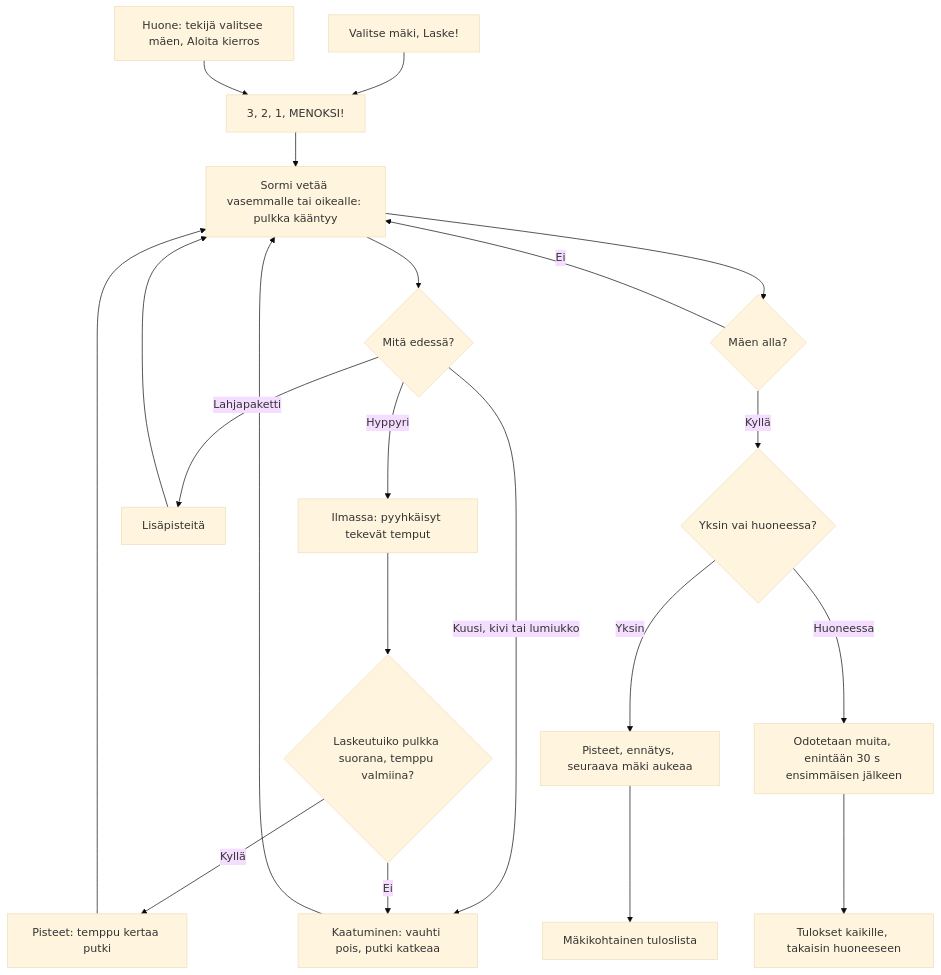
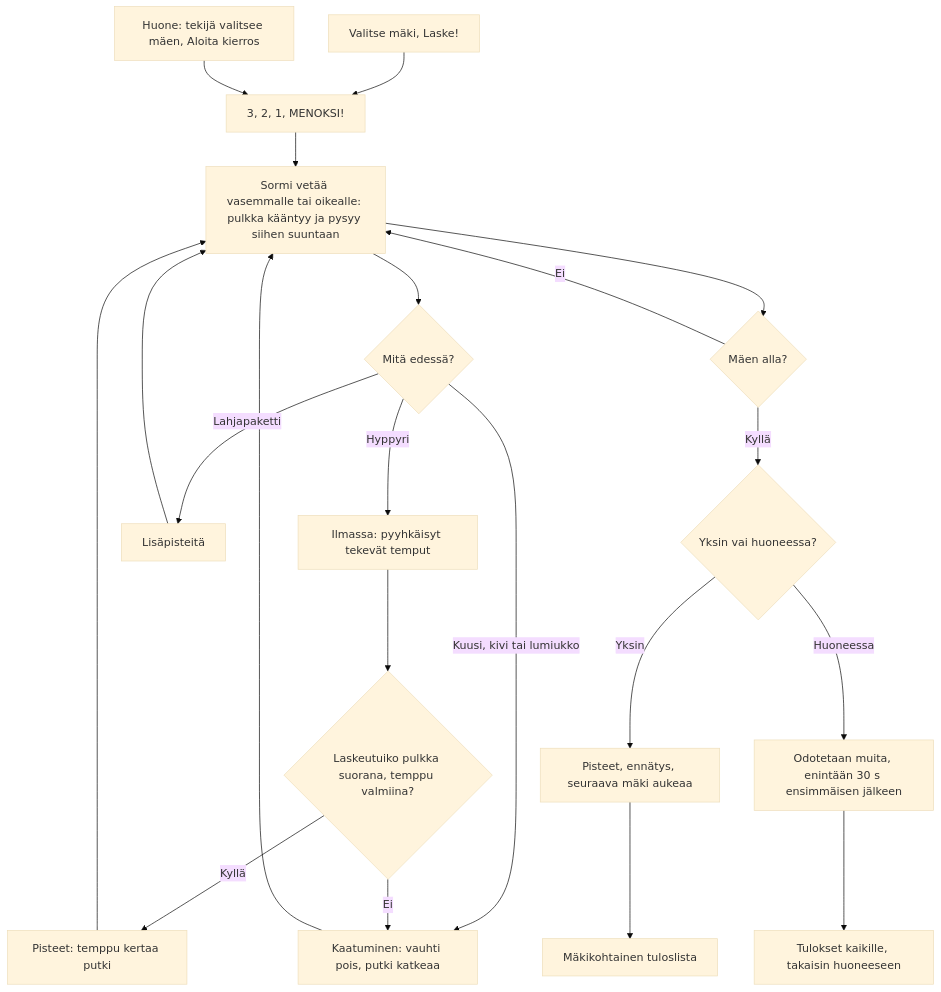
One commit to eerovil/ai-pelit changed the diagram in docs/diagrams/pulkkamaki.md. Above: the diagram before and after it, drawn with Mermaid (base theme). The commit also changed other lines of this file and 9 other files, not shown here.

````diff
--- a/docs/diagrams/pulkkamaki.md
+++ b/docs/diagrams/pulkkamaki.md
@@ -9,29 +9,29 @@
 ```mermaid
 flowchart TD
   A[Valitse mäki, Laske!] --> B[3, 2, 1, MENOKSI!]
   R[Huone: tekijä valitsee mäen, Aloita kierros] --> B
-  B --> C[Sormi vetää vasemmalle tai oikealle: pulkka kääntyy]
+  B --> C[Sormi vetää vasemmalle tai oikealle: pulkka kääntyy ja pysyy siihen suuntaan]
   C --> D{Mitä edessä?}
   D -- Hyppyri --> E[Ilmassa: pyyhkäisyt tekevät temput]
   D -- Kuusi, kivi tai lumiukko --> F[Kaatuminen: vauhti pois, putki katkeaa]
   D -- Lahjapaketti --> G[Lisäpisteitä]
   E --> H{Laskeutuiko pulkka suorana, temppu valmiina?}
   H -- Kyllä --> I[Pisteet: temppu kertaa putki]
   H -- Ei --> F
   F --> C
   G --> C
   I --> C
   C --> M{Mäen alla?}
   M -- Ei --> C
   M -- Kyllä --> S{Yksin vai huoneessa?}
   S -- Yksin --> N[Pisteet, ennätys, seuraava mäki aukeaa]
   S -- Huoneessa --> U[Odotetaan muita, enintään 30 s ensimmäisen jälkeen]
   U --> V[Tulokset kaikille, takaisin huoneeseen]
   N --> Q[Mäkikohtainen tuloslista]
   class A,B,C blue
   class D,H,M,S amber
   class R,U,V violet
   class E,G,I teal
   class F rose
   class N,Q green
 ```
````
